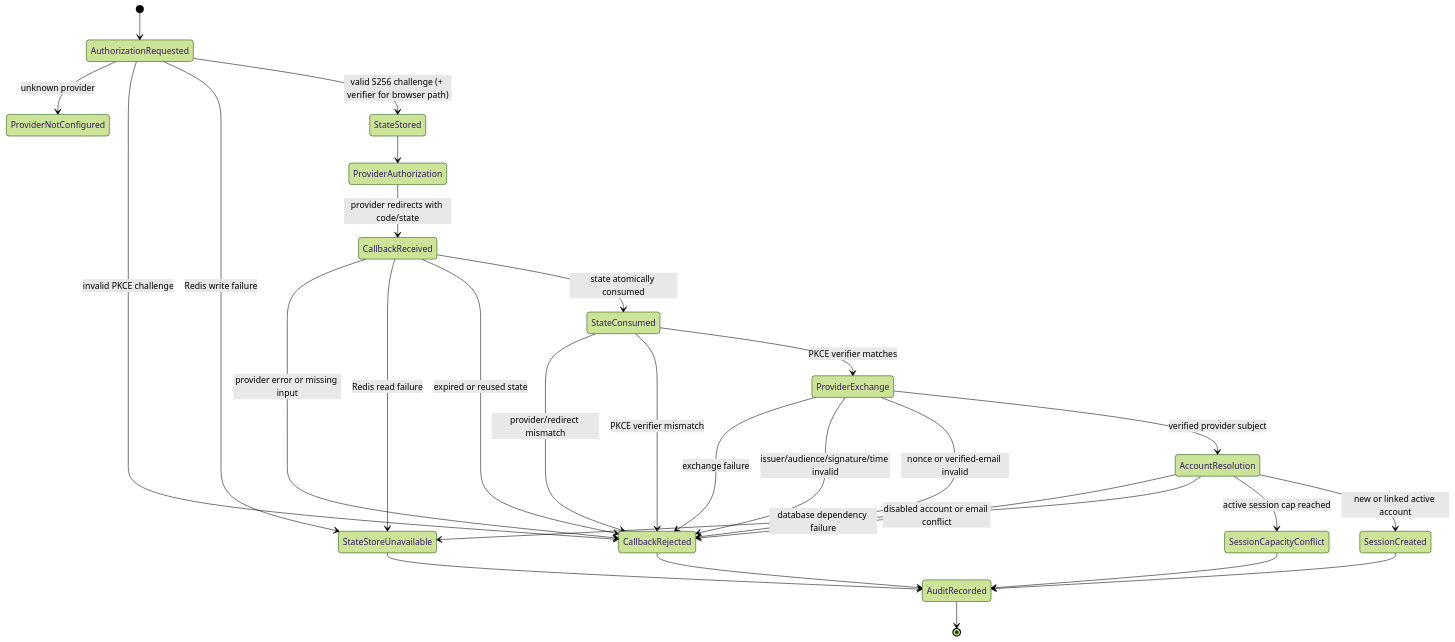
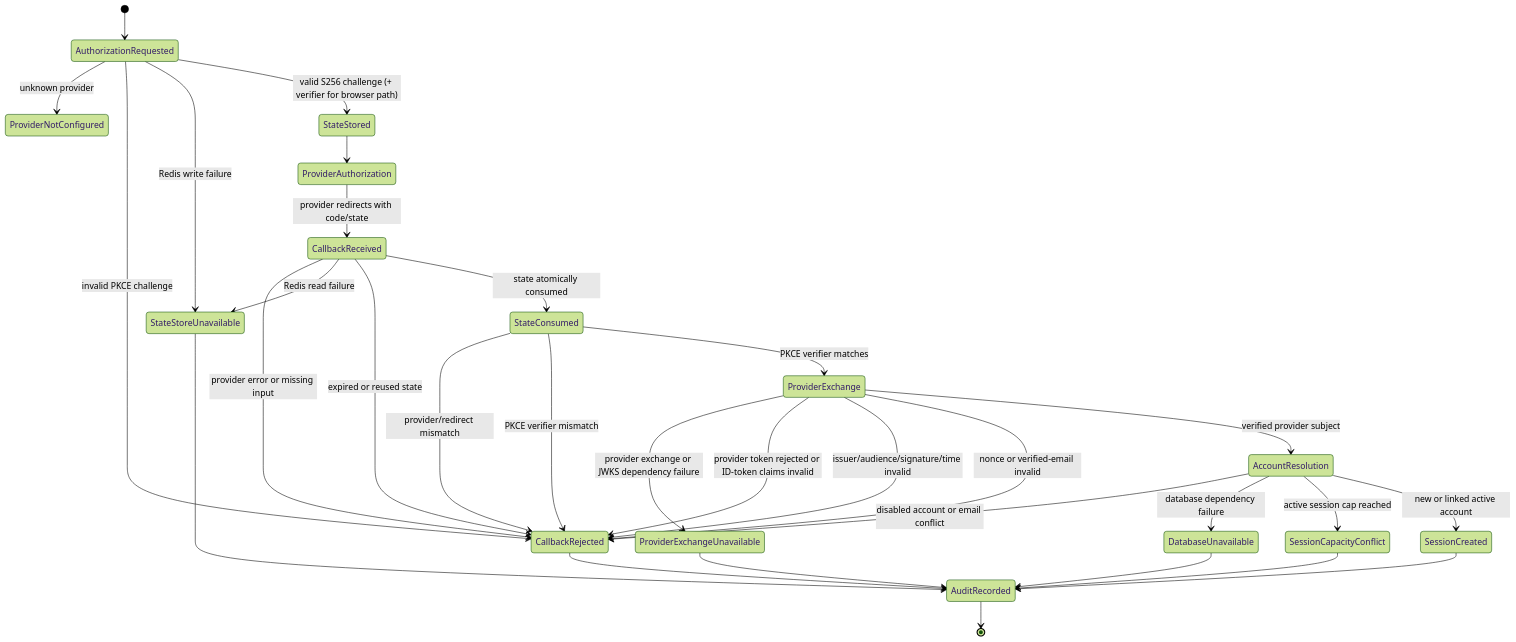
The fourth of 4 diagrams in docs/diagrams/identity-oidc.md (tdespenza/lifeos), drawn with Mermaid (forest theme) before and after one commit. The commit also changed other lines of this file and 18 other files, not shown here.

````diff
--- a/docs/diagrams/identity-oidc.md
+++ b/docs/diagrams/identity-oidc.md
@@ -168,30 +168,33 @@
 ```mermaid
 stateDiagram-v2
     [*] --> AuthorizationRequested
     AuthorizationRequested --> ProviderNotConfigured : unknown provider
     AuthorizationRequested --> CallbackRejected : invalid PKCE challenge
     AuthorizationRequested --> StateStoreUnavailable : Redis write failure
     AuthorizationRequested --> StateStored : valid S256 challenge (+ verifier for browser path)
     StateStored --> ProviderAuthorization
     ProviderAuthorization --> CallbackReceived : provider redirects with code/state
     CallbackReceived --> CallbackRejected : provider error or missing input
     CallbackReceived --> StateStoreUnavailable : Redis read failure
     CallbackReceived --> CallbackRejected : expired or reused state
     CallbackReceived --> StateConsumed : state atomically consumed
     StateConsumed --> CallbackRejected : provider/redirect mismatch
     StateConsumed --> CallbackRejected : PKCE verifier mismatch
     StateConsumed --> ProviderExchange : PKCE verifier matches
-    ProviderExchange --> CallbackRejected : exchange failure
+    ProviderExchange --> ProviderExchangeUnavailable : provider exchange or JWKS dependency failure
+    ProviderExchange --> CallbackRejected : provider token rejected or ID-token claims invalid
     ProviderExchange --> CallbackRejected : issuer/audience/signature/time invalid
     ProviderExchange --> CallbackRejected : nonce or verified-email invalid
     ProviderExchange --> AccountResolution : verified provider subject
     AccountResolution --> CallbackRejected : disabled account or email conflict
-    AccountResolution --> StateStoreUnavailable : database dependency failure
+    AccountResolution --> DatabaseUnavailable : database dependency failure
     AccountResolution --> SessionCapacityConflict : active session cap reached
     AccountResolution --> SessionCreated : new or linked active account
     SessionCreated --> AuditRecorded
     CallbackRejected --> AuditRecorded
     SessionCapacityConflict --> AuditRecorded
     StateStoreUnavailable --> AuditRecorded
+    ProviderExchangeUnavailable --> AuditRecorded
+    DatabaseUnavailable --> AuditRecorded
     AuditRecorded --> [*]
 ```
````
